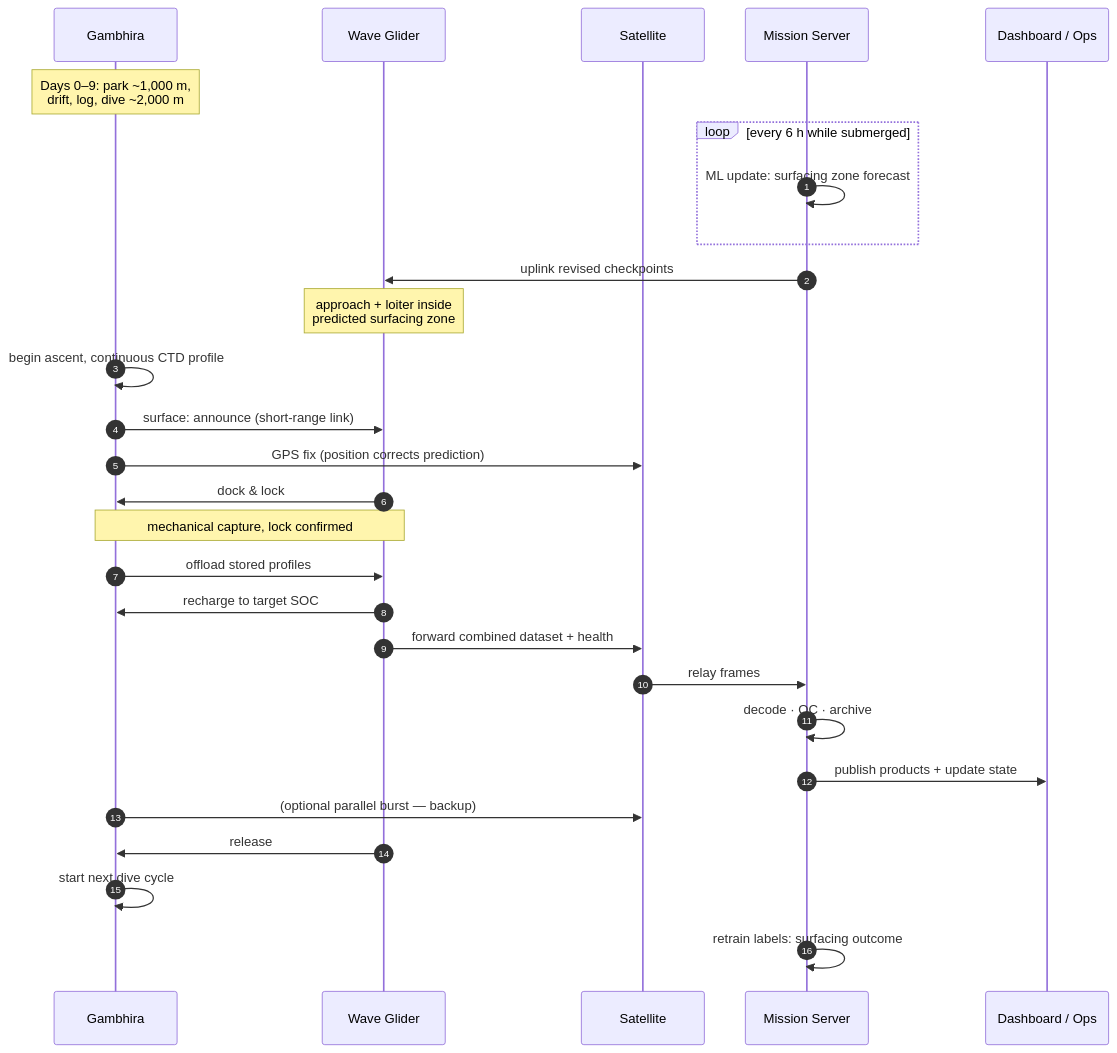
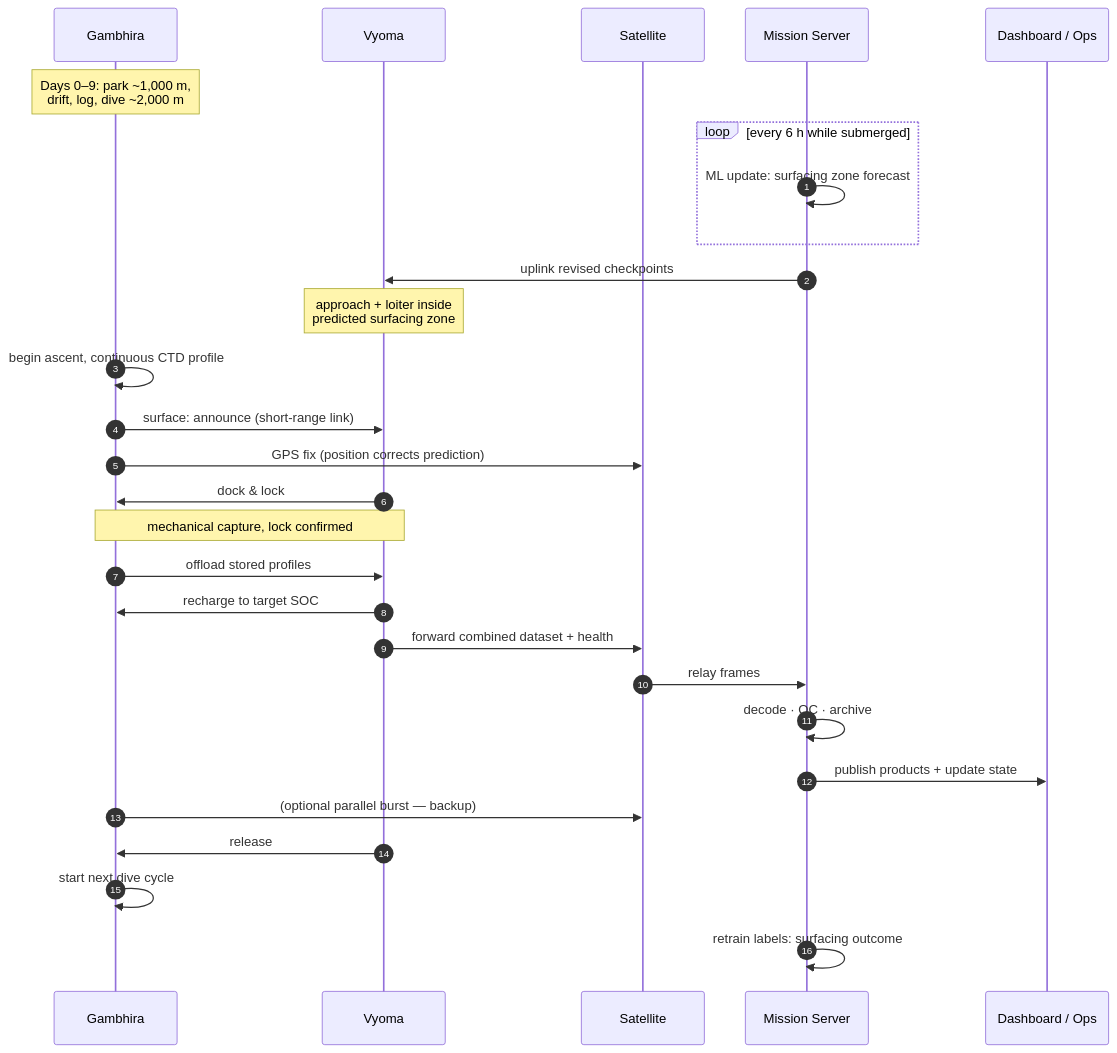
The eighth of 34 diagrams in README.md (DAnuraag/Dhakshin), drawn with Mermaid before and after one commit. The commit also changed other lines of this file, not shown here.

````diff
--- a/README.md
+++ b/README.md
@@ -1595,31 +1595,31 @@
 ```mermaid
 sequenceDiagram
     autonumber
     participant F as Gambhira
-    participant G as Wave Glider
+    participant G as Vyoma
     participant S as Satellite
     participant M as Mission Server
     participant D as Dashboard / Ops
 
     Note over F: Days 0–9: park ~1,000 m,<br/>drift, log, dive ~2,000 m
     loop every 6 h while submerged
         M->>M: ML update: surfacing zone forecast
     end
     M->>G: uplink revised checkpoints
     Note over G: approach + loiter inside<br/>predicted surfacing zone
     F->>F: begin ascent, continuous CTD profile
     F->>G: surface: announce (short-range link)
     F->>S: GPS fix (position corrects prediction)
     G->>F: dock & lock
     Note over F,G: mechanical capture, lock confirmed
     F->>G: offload stored profiles
     G->>F: recharge to target SOC
     G->>S: forward combined dataset + health
     S->>M: relay frames
     M->>M: decode · QC · archive
     M->>D: publish products + update state
     F->>S: (optional parallel burst — backup)
     G->>F: release
     F->>F: start next dive cycle
     M->>M: retrain labels: surfacing outcome
 ```
````
